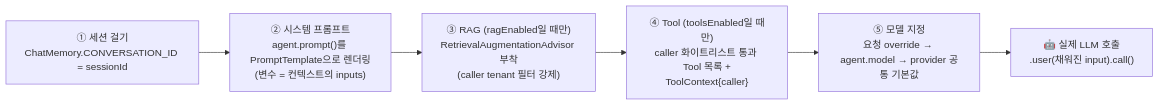
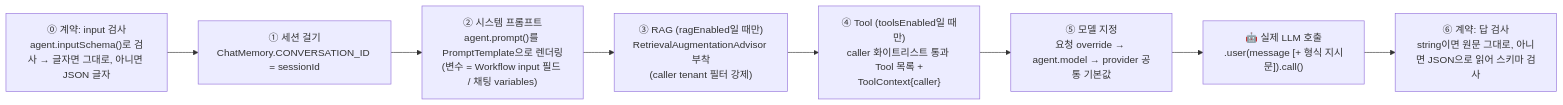
Before and after one commit to YongSoekChoeng/dstone: the eighth of 9 diagrams in docs/09.dstone-ai-engine.md, drawn with Mermaid. The commit also changed other lines of this file and 97 other files, not shown here.

````diff
--- a/docs/09.dstone-ai-engine.md
+++ b/docs/09.dstone-ai-engine.md
@@ -765,9 +768,11 @@
 ```mermaid
 flowchart LR
+    S0["⓪ 계약: input 검사\nagent.inputSchema()로 검사 → 글자면 그대로, 아니면 JSON 글자"] --> S1
     S1["① 세션 걸기\nChatMemory.CONVERSATION_ID = sessionId"] --> S2
-    S2["② 시스템 프롬프트\nagent.prompt()를 PromptTemplate으로 렌더링\n(변수 = 컨텍스트의 inputs)"] --> S3
+    S2["② 시스템 프롬프트\nagent.prompt()를 PromptTemplate으로 렌더링\n(변수 = Workflow input 필드 / 채팅 variables)"] --> S3
     S3["③ RAG (ragEnabled일 때만)\nRetrievalAugmentationAdvisor 부착\n(caller tenant 필터 강제)"] --> S4
     S4["④ Tool (toolsEnabled일 때만)\ncaller 화이트리스트 통과 Tool 목록 +\nToolContext{caller}"] --> S5
     S5["⑤ 모델 지정\n요청 override → agent.model → provider 공통 기본값"] --> LLM
-    LLM["🤖 실제 LLM 호출\n.user(채워진 input).call()"]
+    LLM["🤖 실제 LLM 호출\n.user(message [+ 형식 지시문]).call()"] --> S6
+    S6["⑥ 계약: 답 검사\nstring이면 원문 그대로, 아니면 JSON으로 읽어 스키마 검사"]
 ```
````
